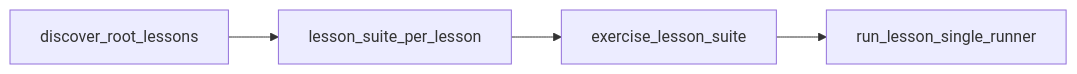
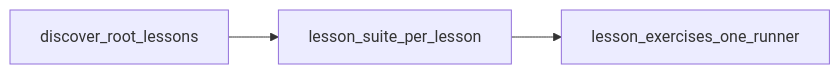
The diagram in docs/teacher-guide.md (morbargig/linux-practice), drawn with Mermaid before and after one commit. The commit also changed other lines of this file and 1 other file, not shown here.

First line of the commit message:
docs(ci): document one-runner lesson flow; polish reusable lesson job

````diff
--- a/docs/teacher-guide.md
+++ b/docs/teacher-guide.md
@@ -89,10 +88,8 @@
 ```mermaid
 flowchart LR
   discoverRoot[discover_root_lessons]
   lessonWave[lesson_suite_per_lesson]
-  reusableRun[exercise_lesson_suite]
-  runLesson[run_lesson_single_runner]
+  reusableRun[lesson_exercises_one_runner]
   discoverRoot --> lessonWave
   lessonWave --> reusableRun
-  reusableRun --> runLesson
 ```
````
